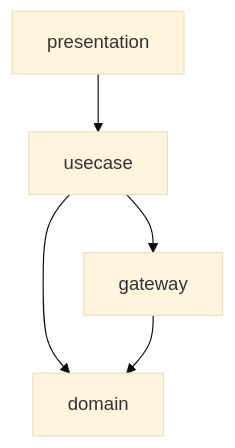
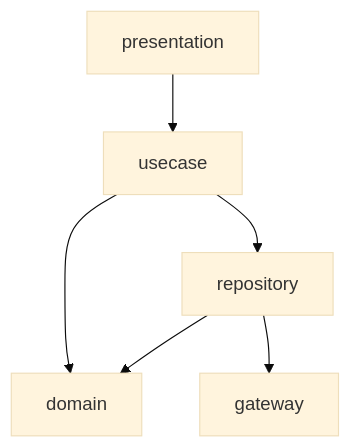
One commit to suwa-sh/RDRAAgent changed the fifth of 6 diagrams in Samples/09_usdm-rdra-pipeline/docs/README.md. Above: the diagram before and after it, drawn with Mermaid (base theme). The commit also changed other lines of this file and 34 other files, not shown here.

````diff
--- a/Samples/09_usdm-rdra-pipeline/docs/README.md
+++ b/Samples/09_usdm-rdra-pipeline/docs/README.md
@@ -143,7 +144,8 @@
 ```mermaid
 graph TD
 P["presentation"] --> U["usecase"]
 U --> D["domain"]
-U --> G["gateway"]
-G --> D
+U --> R["repository"]
+R --> D
+R --> G["gateway"]
 ```
````
